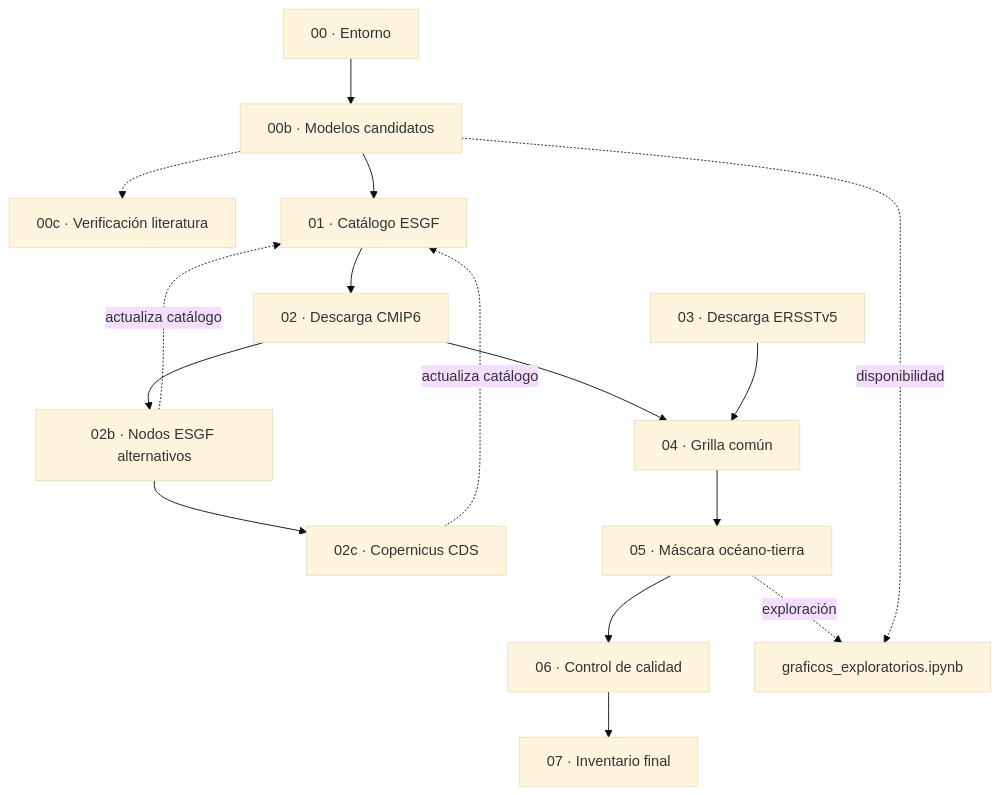
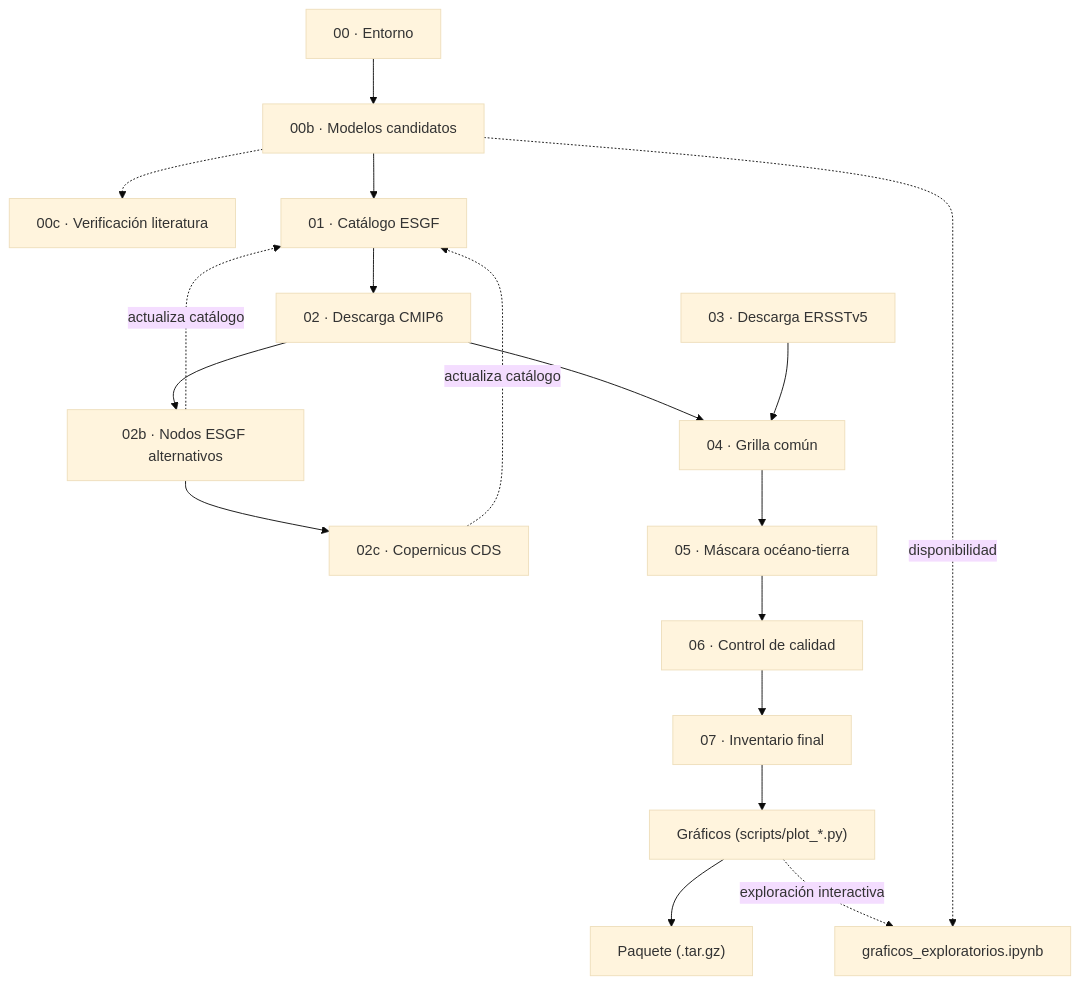
One commit to Japq91/e1_smn changed the diagram in README.md. Above: the diagram before and after it, drawn with Mermaid (base theme). The commit also changed other lines of this file and 6 other files, not shown here.

````diff
--- a/README.md
+++ b/README.md
@@ -37,28 +37,31 @@
 ```mermaid
 flowchart TD
     S00["00 · Entorno"]
     S00b["00b · Modelos candidatos"]
     S00c["00c · Verificación literatura"]
     S01["01 · Catálogo ESGF"]
     S02b["02b · Nodos ESGF alternativos"]
     S02c["02c · Copernicus CDS"]
     S02["02 · Descarga CMIP6"]
     S03["03 · Descarga ERSSTv5"]
     S04["04 · Grilla común"]
     S05["05 · Máscara océano-tierra"]
     S06["06 · Control de calidad"]
     S07["07 · Inventario final"]
+    SPLOT["Gráficos (scripts/plot_*.py)"]
+    SBUNDLE["Paquete (.tar.gz)"]
 
     S00 --> S00b --> S01
     S00b -.-> S00c
     S01 --> S02
     S02 --> S02b --> S02c
     S02b -.->|"actualiza catálogo"| S01
     S02c -.->|"actualiza catálogo"| S01
     S02 --> S04
     S03 --> S04
     S04 --> S05
     S05 --> S06 --> S07
-    S05 -."exploración".-> NB["graficos_exploratorios.ipynb"]
+    S07 --> SPLOT --> SBUNDLE
+    SPLOT -."exploración interactiva".-> NB["graficos_exploratorios.ipynb"]
     S00b -."disponibilidad".-> NB
 ```
````
